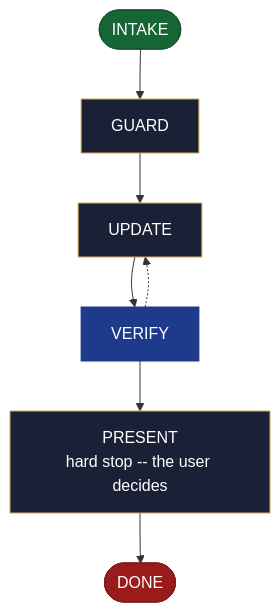
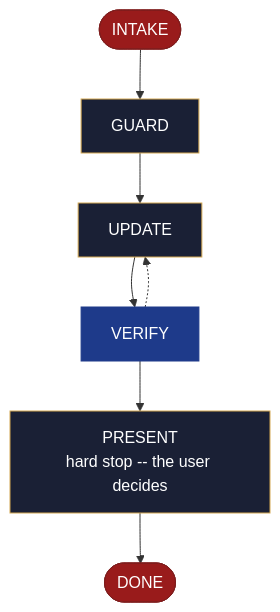
One commit to AndreVianna/aid-methodology changed the diagram in site/src/content/docs/skills/aid-update-backlog.md. Above: the diagram before and after it, drawn with Mermaid. The commit also changed other lines of this file and 195 other files, not shown here.

First line of the commit message:
delivery-002 review fix (cycle 1): sub-step pointers are notes, not advance lines; orchestrate under its line cap, question rule cited not restated; residual flow rungs read advance words; site regenerated; ledger rows marked Fixed (D3-11 left open)

````diff
--- a/site/src/content/docs/skills/aid-update-backlog.md
+++ b/site/src/content/docs/skills/aid-update-backlog.md
@@ -20,33 +20,33 @@
 ```mermaid
 flowchart TB
   classDef aidNode color:#fff
   classDef aidEntry fill:#166534,stroke:#14532d,color:#fff
   classDef aidExit fill:#991b1b,stroke:#7f1d1d,color:#fff
   classDef aidDecision fill:#92400e,stroke:#78350f,color:#fff
   classDef aidLoopBack fill:#1e3a8a,stroke:#1e3a8a,color:#fff
   classDef aidStep fill:#1a2035,stroke:#d4a853,color:#f1f5f9
   n1(["INTAKE"])
   n2["GUARD"]
   n3["UPDATE"]
   n4["VERIFY"]
   n5["PRESENT<br/>hard stop -- the user decides"]
   n6(["DONE"])
   n1 --> n2
   n2 --> n3
   n3 --> n4
   n4 -.-> n3
   n4 --> n5
   n5 --> n6
-  class n1 aidEntry
+  class n1 aidExit
   class n2 aidStep
   class n3 aidStep
   class n4 aidLoopBack
   class n5 aidStep
   class n6 aidExit
   class n1 aidNode
   class n2 aidNode
   class n3 aidNode
   class n4 aidNode
   class n5 aidNode
   class n6 aidNode
 ```
````
